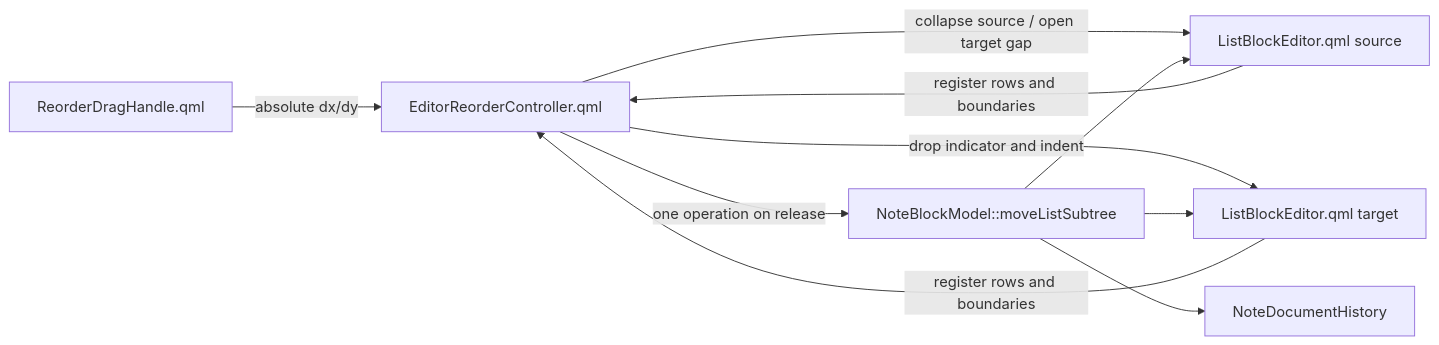
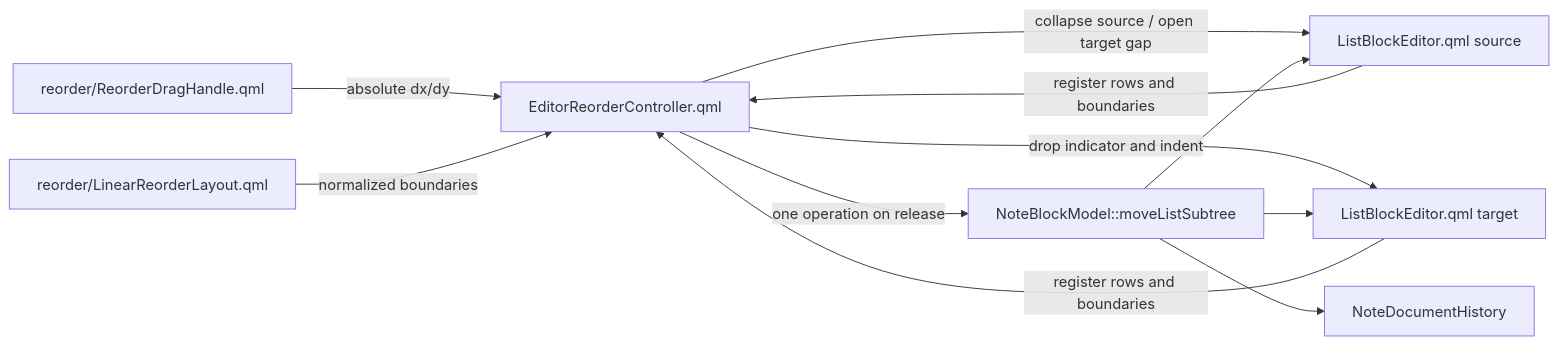
Before and after one commit to Ri0n/AnyKeep: the second of 4 diagrams in docs/note-editor-architecture.md, drawn with Mermaid. The commit also changed other lines of this file and 13 other files, not shown here.

````diff
--- a/docs/note-editor-architecture.md
+++ b/docs/note-editor-architecture.md
@@ -88,12 +88,13 @@
 ```mermaid
 flowchart LR
-    H[ReorderDragHandle.qml] -->|absolute dx/dy| RC[EditorReorderController.qml]
+    H[reorder/ReorderDragHandle.qml] -->|absolute dx/dy| RC[EditorReorderController.qml]
+    RL[reorder/LinearReorderLayout.qml] -->|normalized boundaries| RC
     LB1[ListBlockEditor.qml source] -->|register rows and boundaries| RC
     LB2[ListBlockEditor.qml target] -->|register rows and boundaries| RC
     RC -->|collapse source / open target gap| LB1
     RC -->|drop indicator and indent| LB2
     RC -->|one operation on release| BM[NoteBlockModel::moveListSubtree]
     BM --> HIST[NoteDocumentHistory]
     BM --> LB1
     BM --> LB2
 ```
````
